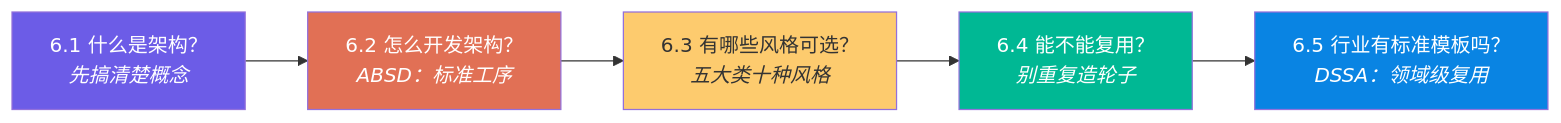
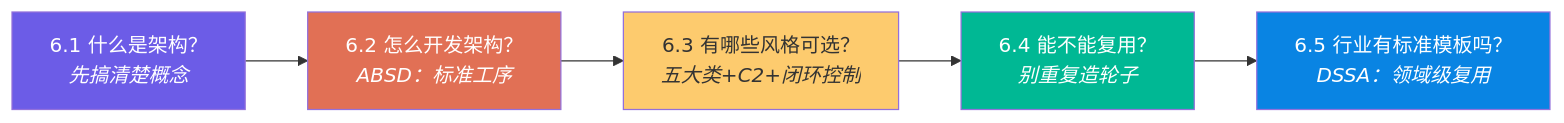
One commit to wanlinruo/system-architect-exam-prep changed the second of 9 diagrams in 01-综合知识/06-系统架构设计基础知识.md. Above: the diagram before and after it, drawn with Mermaid. The commit also changed other lines of this file, not shown here.

````diff
--- a/01-综合知识/06-系统架构设计基础知识.md
+++ b/01-综合知识/06-系统架构设计基础知识.md
@@ -86,14 +90,14 @@
 ```mermaid
 graph LR
     A["6.1 什么是架构？<br><i>先搞清楚概念</i>"] 
     --> B["6.2 怎么开发架构？<br><i>ABSD：标准工序</i>"]
-    --> C["6.3 有哪些风格可选？<br><i>五大类十种风格</i>"]
+    --> C["6.3 有哪些风格可选？<br><i>五大类+C2+闭环控制</i>"]
     --> D["6.4 能不能复用？<br><i>别重复造轮子</i>"]
     --> E["6.5 行业有标准模板吗？<br><i>DSSA：领域级复用</i>"]
 
     style A fill:#6c5ce7,color:#fff
     style B fill:#e17055,color:#fff
     style C fill:#fdcb6e,color:#333
     style D fill:#00b894,color:#fff
     style E fill:#0984e3,color:#fff
 ```
````
